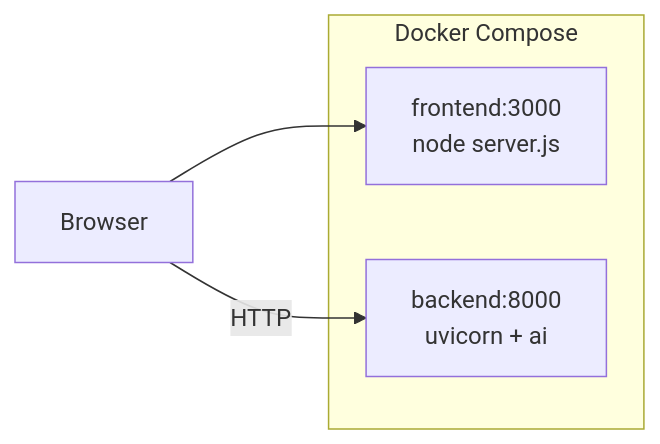
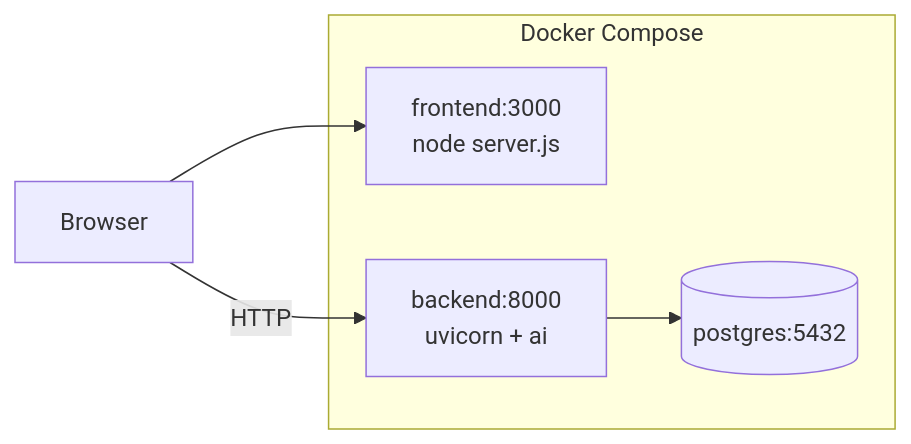
The fifth of 5 diagrams in ARCHITECTURE.md (Doan01062002/Hackathon-Viber-Code-Pro-Max), drawn with Mermaid before and after one commit. The commit also changed other lines of this file and 1 other file, not shown here.

````diff
--- a/ARCHITECTURE.md
+++ b/ARCHITECTURE.md
@@ -93,9 +200,11 @@
 ```mermaid
 graph LR
     subgraph Docker Compose
         FE[frontend:3000<br/>node server.js]
         BE[backend:8000<br/>uvicorn + ai]
+        DB[(postgres:5432)]
     end
     Browser --> FE
     Browser -->|HTTP| BE
+    BE --> DB
 ```
````
